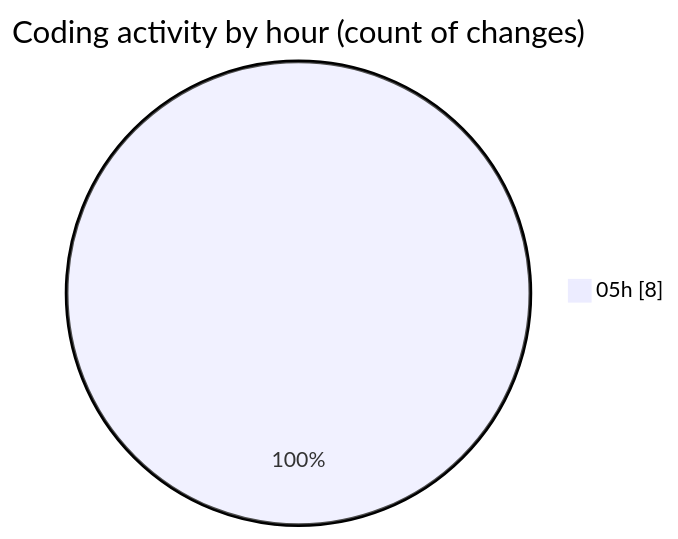
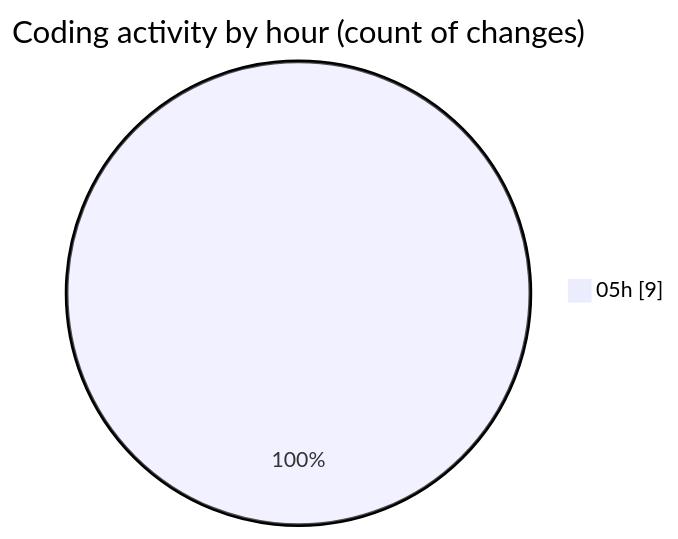
Before and after one commit to Elitesun/code-tracking: the second of 2 diagrams in 2025-02-12/react_ecom/README.md, drawn with Mermaid. The commit also changed other lines of this file and 1 other file, not shown here.

````diff
--- a/2025-02-12/react_ecom/README.md
+++ b/2025-02-12/react_ecom/README.md
@@ -28,5 +28,5 @@
 ```mermaid
 pie showData
 title Coding activity by hour (count of changes)
-"05h" : 8
+"05h" : 9
 ```
````
